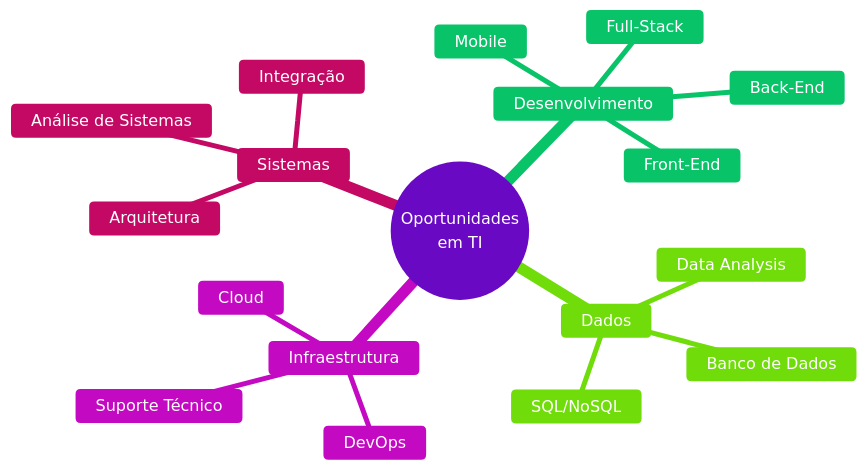
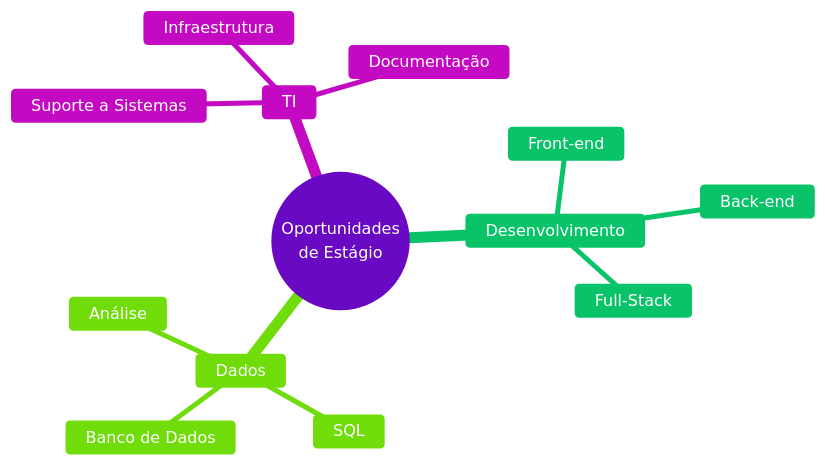
Before and after one commit to arianearchanjo/arianearchanjo: the diagram in README.md, drawn with Mermaid. The commit also changed other lines of this file, not shown here.

````diff
--- a/README.md
+++ b/README.md
@@ -248,22 +201,17 @@
 ```mermaid
 %%{init: {'theme':'base', 'themeVariables': { 'primaryColor':'#a855f7','primaryTextColor':'#fff','primaryBorderColor':'#7c3aed'}}}%%
 mindmap
-  root((Oportunidades<br/>em TI))
+  root((Oportunidades<br/>de Estágio))
     Desenvolvimento
-      Front-End
-      Back-End
+      Front-end
+      Back-end
       Full-Stack
-      Mobile
     Dados
       Banco de Dados
-      SQL/NoSQL
-      Data Analysis
-    Infraestrutura
-      DevOps
-      Cloud
-      Suporte Técnico
-    Sistemas
-      Análise de Sistemas
-      Arquitetura
-      Integração
+      SQL
+      Análise
+    TI
+      Suporte a Sistemas
+      Infraestrutura
+      Documentação
 ```
````
